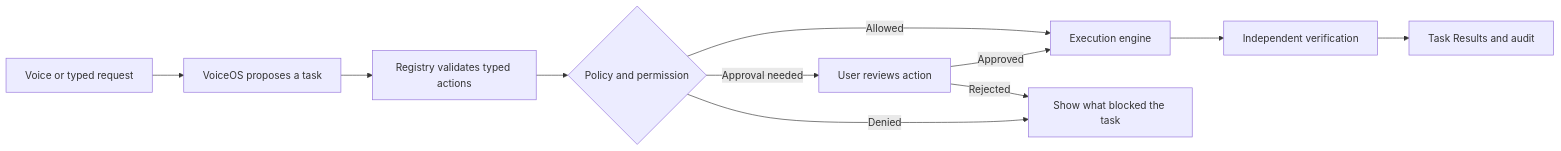
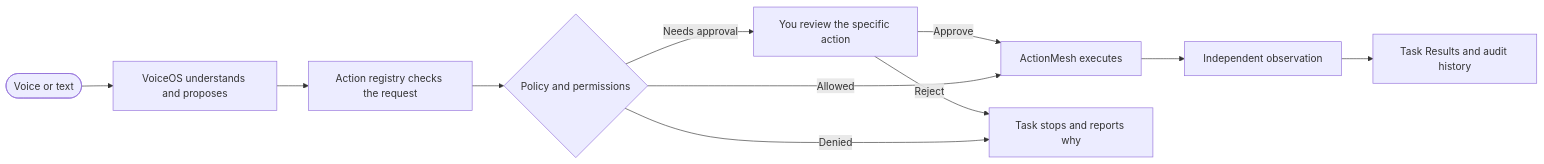
One commit to abhijeetmiskin1/ActionMesh changed the diagram in README.md. Above: the diagram before and after it, drawn with Mermaid. The commit also changed other lines of this file and 1 other file, not shown here.

````diff
--- a/README.md
+++ b/README.md
@@ -33,13 +46,13 @@
 ```mermaid
 flowchart LR
-    U[Voice or typed request] --> P[VoiceOS proposes a task]
-    P --> R[Registry validates typed actions]
-    R --> A{Policy and permission}
-    A -->|Approval needed| H[User reviews action]
-    H -->|Approved| E[Execution engine]
-    A -->|Allowed| E
-    A -->|Denied| S[Show what blocked the task]
-    H -->|Rejected| S
-    E --> V[Independent verification]
-    V --> T[Task Results and audit]
+    U([Voice or text]) --> V[VoiceOS understands and proposes]
+    V --> R[Action registry checks the request]
+    R --> P{Policy and permissions}
+    P -->|Needs approval| H[You review the specific action]
+    H -->|Approve| X[ActionMesh executes]
+    P -->|Allowed| X
+    H -->|Reject| N[Task stops and reports why]
+    P -->|Denied| N
+    X --> O[Independent observation]
+    O --> T[Task Results and audit history]
 ```
````
